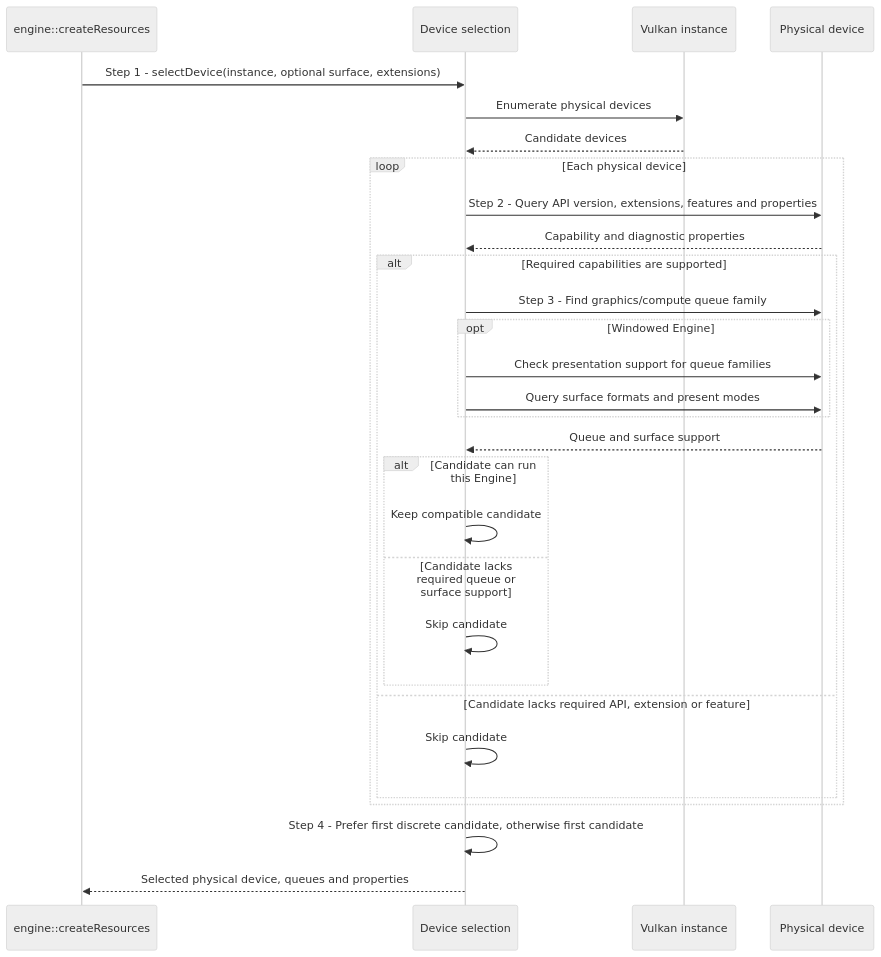
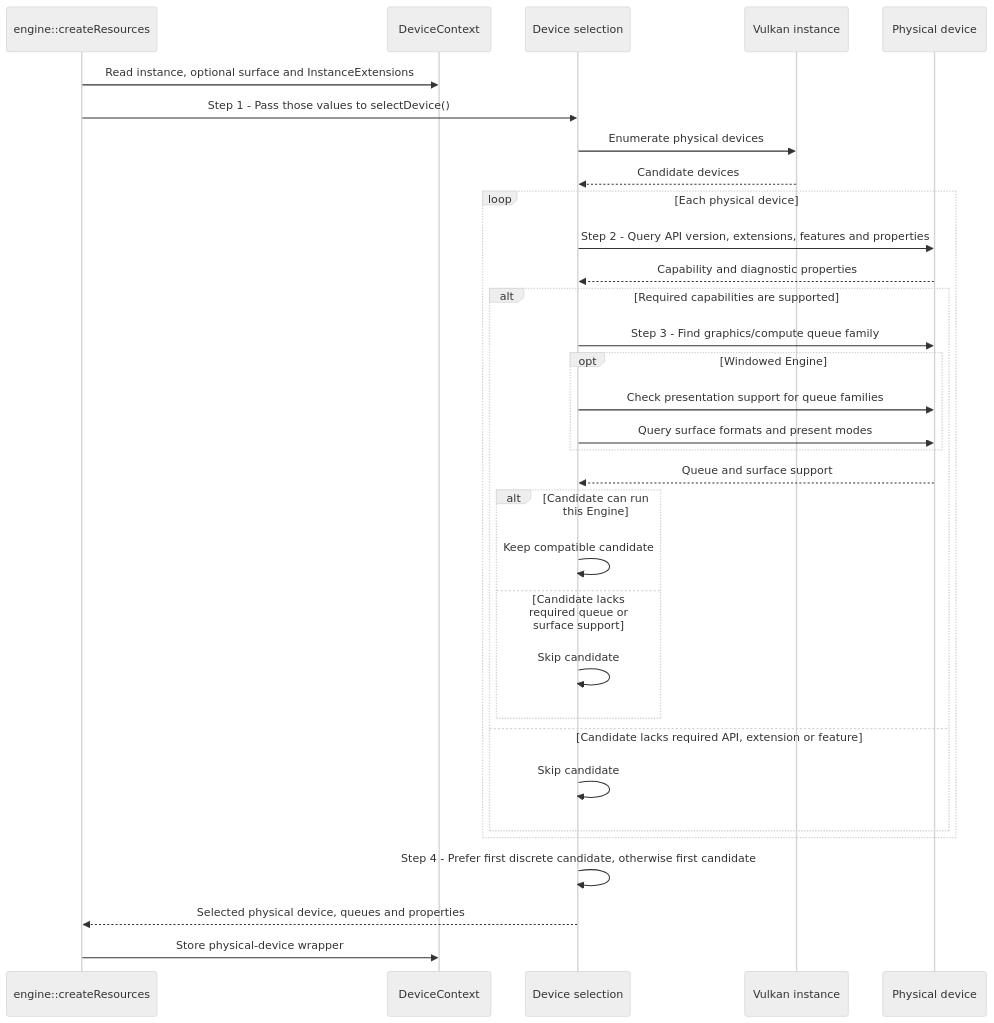
The diagram in docs/use-cases/select-vulkan-device.md (a-soltysik/Panda), drawn with Mermaid (neutral theme) before and after one commit. The commit also changed other lines of this file and 14 other files, not shown here.

Commit message:
Separate Vulkan device data from context service ownership (#126)

````diff
--- a/docs/use-cases/select-vulkan-device.md
+++ b/docs/use-cases/select-vulkan-device.md
@@ -52,31 +54,34 @@
 ```mermaid
 sequenceDiagram
     participant C as engine::createResources
+    participant X as DeviceContext
     participant S as Device selection
     participant I as Vulkan instance
     participant D as Physical device
-    C->>S: Step 1 - selectDevice(instance, optional surface, extensions)
+    C->>X: Read instance, optional surface and InstanceExtensions
+    C->>S: Step 1 - Pass those values to selectDevice()
     S->>I: Enumerate physical devices
     I-->>S: Candidate devices
     loop Each physical device
         S->>D: Step 2 - Query API version, extensions, features and properties
         D-->>S: Capability and diagnostic properties
         alt Required capabilities are supported
             S->>D: Step 3 - Find graphics/compute queue family
             opt Windowed Engine
                 S->>D: Check presentation support for queue families
                 S->>D: Query surface formats and present modes
             end
             D-->>S: Queue and surface support
             alt Candidate can run this Engine
                 S->>S: Keep compatible candidate
             else Candidate lacks required queue or surface support
                 S->>S: Skip candidate
             end
         else Candidate lacks required API, extension or feature
             S->>S: Skip candidate
         end
     end
     S->>S: Step 4 - Prefer first discrete candidate, otherwise first candidate
     S-->>C: Selected physical device, queues and properties
+    C->>X: Store physical-device wrapper
 ```
````
